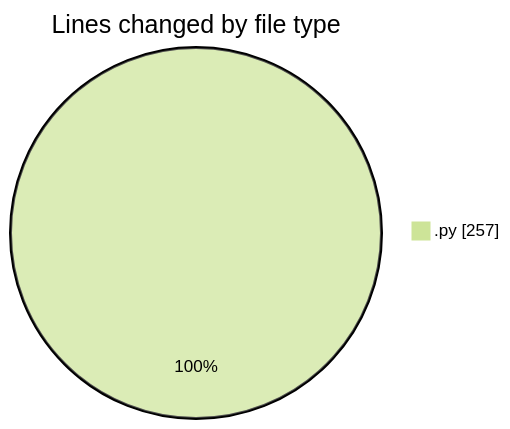
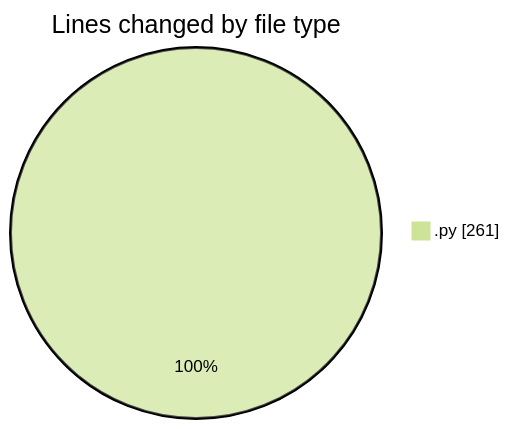
Before and after one commit to MatusMokan/code-tracking: the first of 2 diagrams in 2025-03-17/myws__workspace_/README.md, drawn with Mermaid (forest theme). The commit also changed other lines of this file and 1 other file, not shown here.

````diff
--- a/2025-03-17/myws__workspace_/README.md
+++ b/2025-03-17/myws__workspace_/README.md
@@ -21,5 +21,5 @@
 ```mermaid
 pie showData
 title Lines changed by file type
-".py" : 257
+".py" : 261
 ```
````
